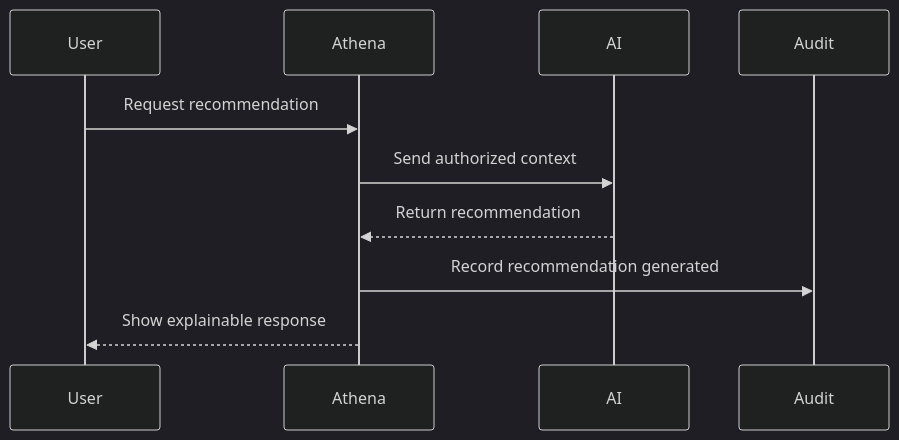
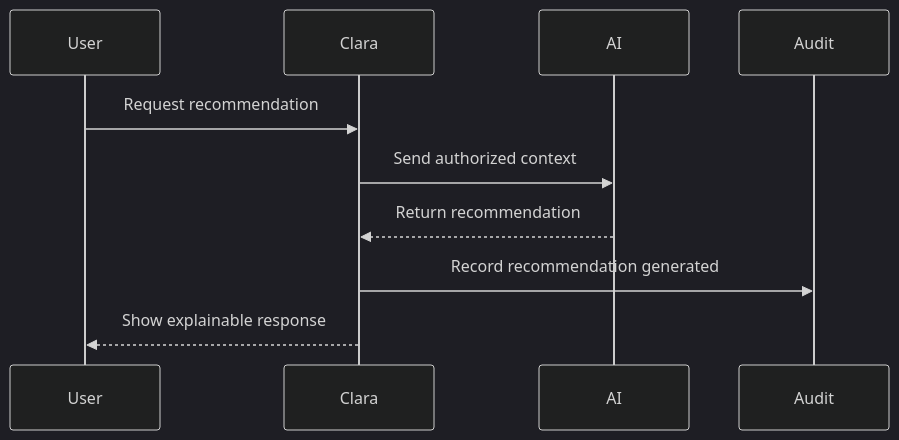
The second of 10 diagrams in docs/standards/DIAGRAM-STANDARD.md (VaxXinE/CLARA), drawn with Mermaid (dark theme) before and after one commit. The commit also changed other lines of this file and 529 other files, not shown here.

````diff
--- a/docs/standards/DIAGRAM-STANDARD.md
+++ b/docs/standards/DIAGRAM-STANDARD.md
@@ -161,13 +161,13 @@
 ```mermaid
 sequenceDiagram
     participant User
-    participant Athena
+    participant Clara
     participant AI
     participant Audit
 
-    User->>Athena: Request recommendation
-    Athena->>AI: Send authorized context
-    AI-->>Athena: Return recommendation
-    Athena->>Audit: Record recommendation generated
-    Athena-->>User: Show explainable response
+    User->>Clara: Request recommendation
+    Clara->>AI: Send authorized context
+    AI-->>Clara: Return recommendation
+    Clara->>Audit: Record recommendation generated
+    Clara-->>User: Show explainable response
 ```
````
